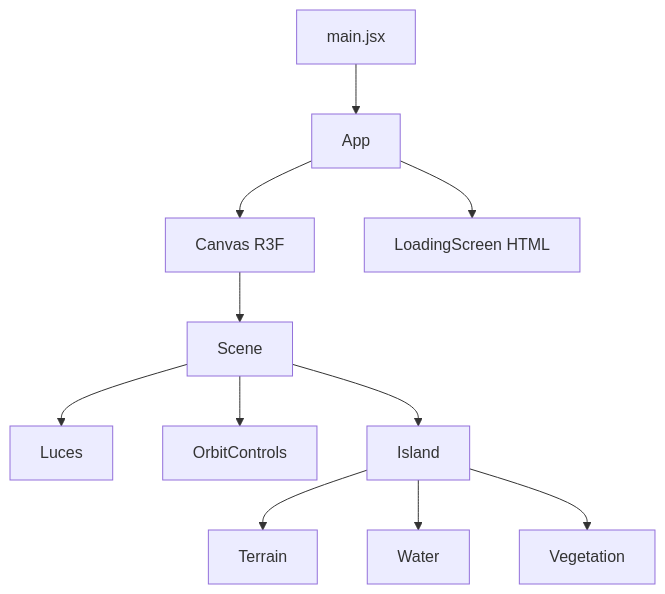
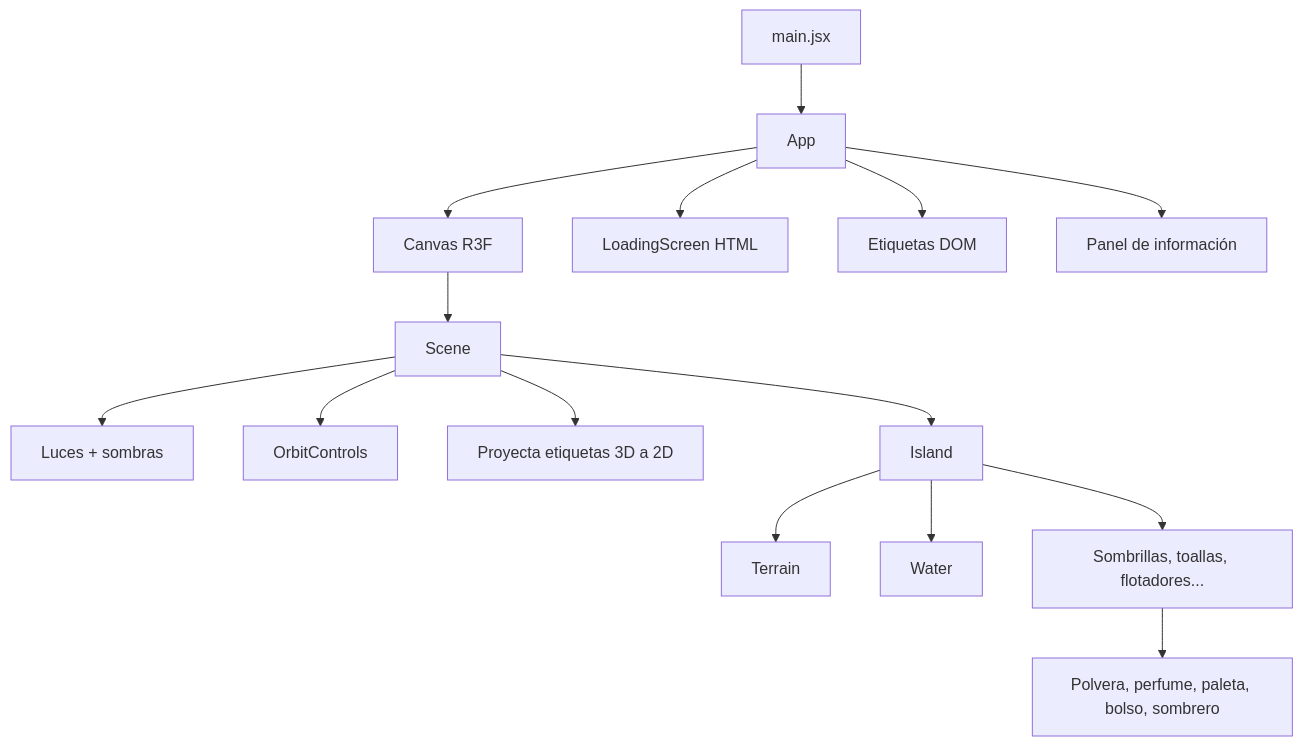
Before and after one commit to 444sofM/Portafolioweb3D: the first of 2 diagrams in docs/arquitectura.md, drawn with Mermaid. The commit also changed other lines of this file and 16 other files, not shown here.

````diff
--- a/docs/arquitectura.md
+++ b/docs/arquitectura.md
@@ -10,13 +10,17 @@
 ```mermaid
 flowchart TD
   main[main.jsx] --> App
   App --> Canvas[Canvas R3F]
   App --> LoadingScreen[LoadingScreen HTML]
   Canvas --> Scene
-  Scene --> Lights[Luces]
+  App --> LabelsOverlay[Etiquetas DOM]
+  App --> ZonePanel[Panel de información]
+  Scene --> Lights[Luces + sombras]
   Scene --> OrbitControls
+  Scene --> LabelProjector[Proyecta etiquetas 3D a 2D]
   Scene --> Island
   Island --> Terrain
   Island --> Water
-  Island --> Vegetation
+  Island --> Decor[Sombrillas, toallas, flotadores...]
+  Decor --> InteractiveProps[Polvera, perfume, paleta, bolso, sombrero]
 ```
````
